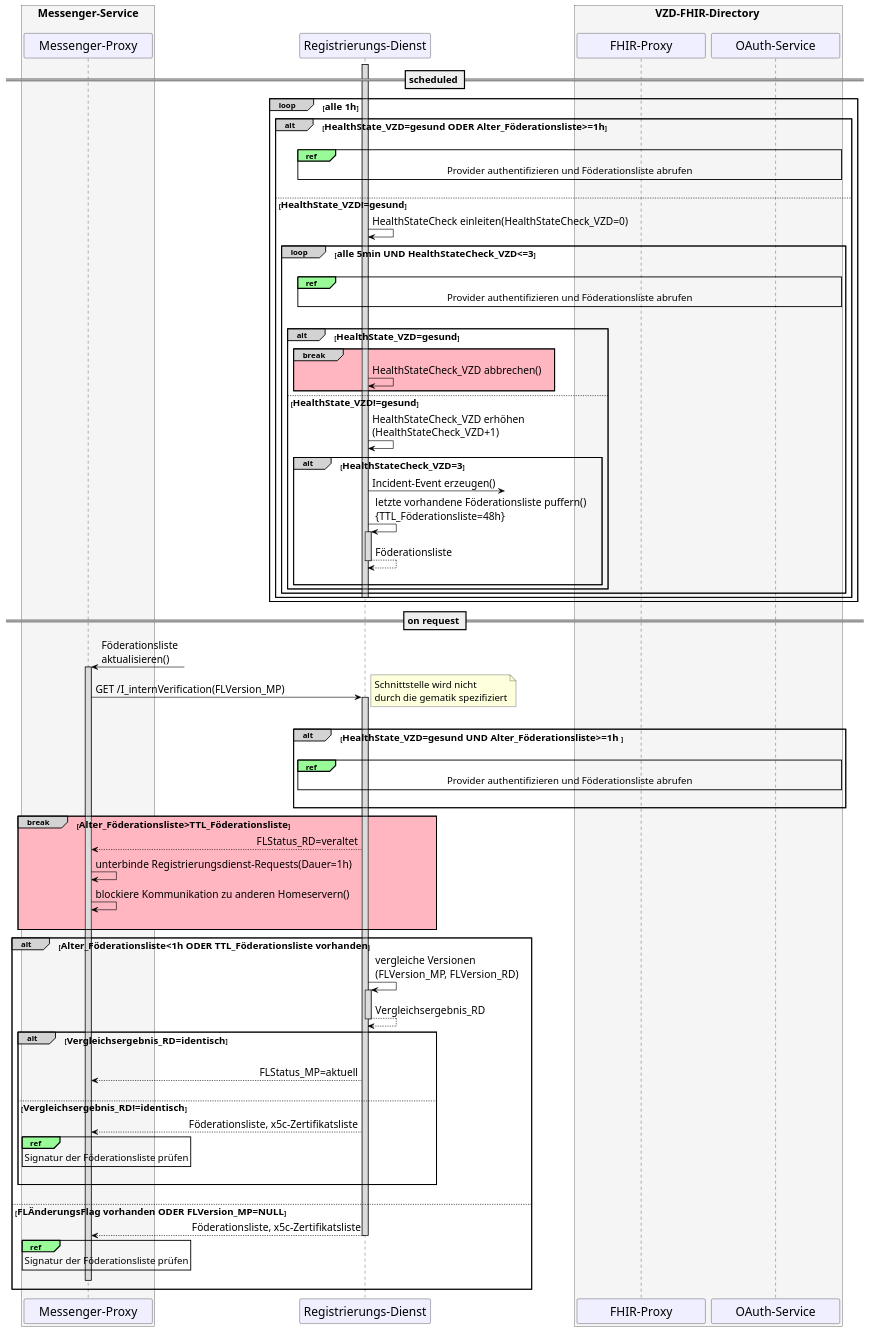
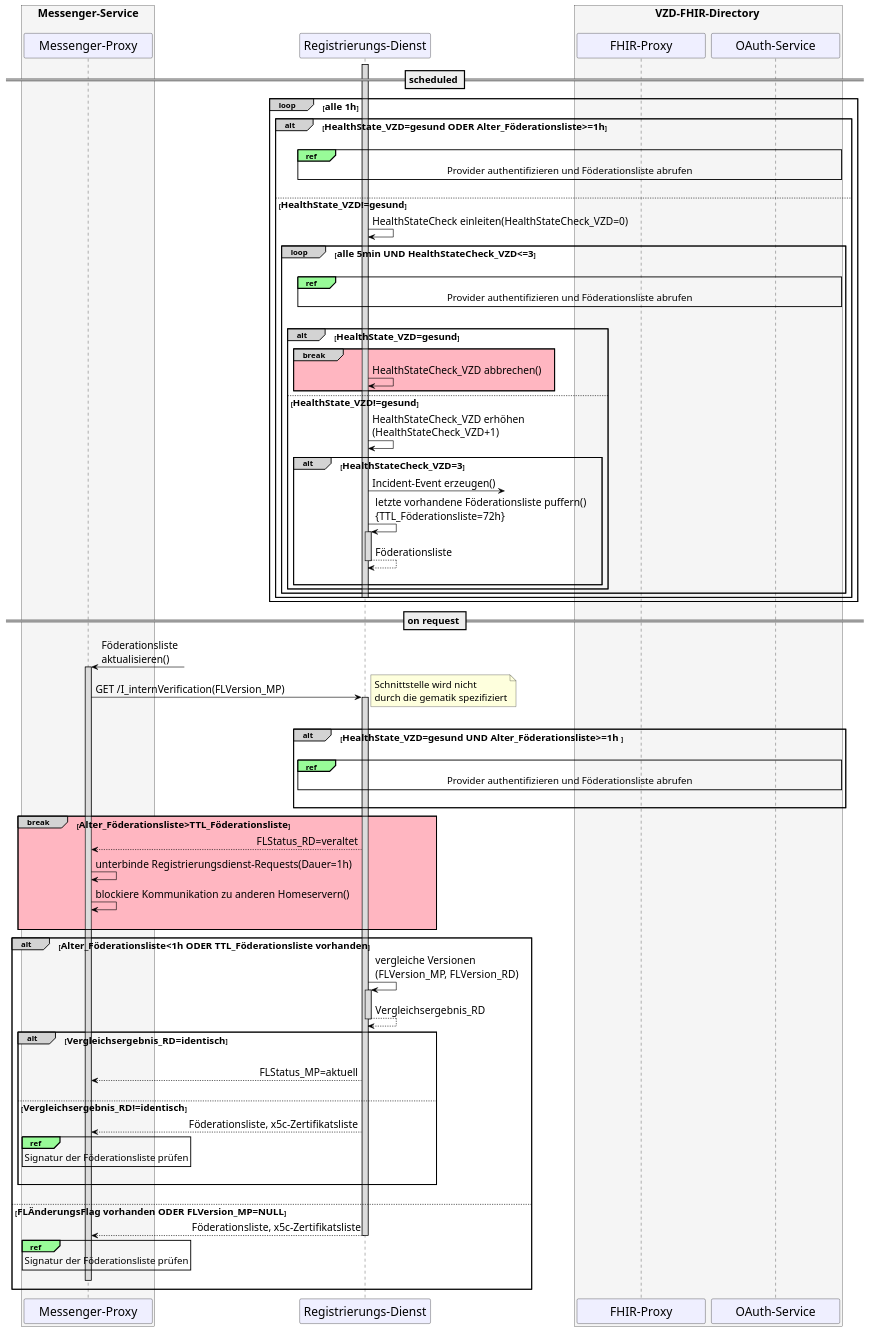
The diagram in src/plantuml/TI-Messenger-Dienst/Ressourcen/UC_Update_Federationlist_Seq.puml (gematik/api-ti-messenger), drawn with PlantUML before and after one commit. The commit also changed 3 other files, not shown here.

```diff
--- a/src/plantuml/TI-Messenger-Dienst/Ressourcen/UC_Update_Federationlist_Seq.puml
+++ b/src/plantuml/TI-Messenger-Dienst/Ressourcen/UC_Update_Federationlist_Seq.puml
@@ -9,128 +9,128 @@
 @startuml
 skinparam sequenceMessageAlign direction
 skinparam minClassWidth 200
 skinparam BoxPadding 1
 skinparam sequenceReferenceHeaderBackgroundColor palegreen
 scale max 2048 width
 
 skinparam sequence {
 ArrowColor black
 ArrowFontSize 17
 ActorBorderColor black
 LifeLineBorderColor black
 LifeLineBackgroundColor Gainsboro
 
 ParticipantBorderColor Motivation
 ParticipantBackgroundColor Motivation
 ParticipantFontName Impact
 ParticipantFontSize 20
 ParticipantFontColor black
 ParticipantBorderColor Black
 ParticipantBackgroundColor MOTIVATION
 
 ActorBackgroundColor Gainsboro
 ActorFontColor black
 ActorFontSize 20
 ActorFontName Aapex
 }
 
 box <size:18>Messenger-Service\n #WhiteSmoke
 participant MP as "Messenger-Proxy"
 end box
 participant RD as "Registrierungs-Dienst"
 box <size:18>VZD-FHIR-Directory</size> #WhiteSmoke
   participant FP as "FHIR-Proxy"
   participant AS as "OAuth-Service"
 end box
 
 == <size:16>scheduled</size> ==
 
 loop#LightGrey <size:16>alle 1h</size>
   alt#LightGrey <size:16>HealthState_VZD=gesund ODER Alter_Föderationsliste>=1h</size>
   activate RD
   |||
   ref over AS, FP, RD
     <size:16>Provider authentifizieren und Föderationsliste abrufen</size>
   end ref
   |||
 
   else <size:16>HealthState_VZD!=gesund</size>
     RD->RD: HealthStateCheck einleiten(HealthStateCheck_VZD=0)
     loop#LightGrey <size:16>alle 5min UND HealthStateCheck_VZD<=3</size>
       |||
       ref over AS, FP, RD
         <size:16>Provider authentifizieren und Föderationsliste abrufen</size>
       end ref
       |||
       alt#LightGrey <size:16>HealthState_VZD=gesund</size>
         break#LightGrey #LightPink
           RD->RD: HealthStateCheck_VZD abbrechen()
         end
       else <size:16>HealthState_VZD!=gesund</size>
         RD->RD: HealthStateCheck_VZD erhöhen\n(HealthStateCheck_VZD+1)
         alt#LightGrey <size:16>HealthStateCheck_VZD=3</size>
           RD ->?: Incident-Event erzeugen()
-          RD->RD++: letzte vorhandene Föderationsliste puffern() \n{TTL_Föderationsliste=48h}
+          RD->RD++: letzte vorhandene Föderationsliste puffern() \n{TTL_Föderationsliste=72h}
           return Föderationsliste
         |||
         end
       end
     end
     deactivate RD
   end
 end
 
 == <size:16>on request</size> ==
 
 MP <-?: Föderationsliste \naktualisieren()
 activate MP
 MP->RD: GET /I_internVerification(FLVersion_MP)
 note right: <size:16>Schnittstelle wird nicht \n<size:16>durch die gematik spezifiziert</size>
 |||
   Activate RD
 
 alt#LightGrey <size:16>HealthState_VZD=gesund UND Alter_Föderationsliste>=1h </size>
 
   |||
   ref over AS, FP, RD
     <size:16>Provider authentifizieren und Föderationsliste abrufen</size>
   end ref
   |||
 
 end
 
 break#LightGrey #LightPink <size:16>Alter_Föderationsliste>TTL_Föderationsliste</size>
   RD-->MP: FLStatus_RD=veraltet
   MP->MP: unterbinde Registrierungsdienst-Requests(Dauer=1h)
   MP->MP: blockiere Kommunikation zu anderen Homeservern()
   |||
 end
 
 alt#LightGrey <size:16>Alter_Föderationsliste<1h ODER TTL_Föderationsliste vorhanden</size>
   RD->RD++: vergleiche Versionen\n(FLVersion_MP, FLVersion_RD)
   return Vergleichsergebnis_RD
 
   alt#LightGrey <size:16>Vergleichsergebnis_RD=identisch</size>
     |||
     RD-->MP: FLStatus_MP=aktuell
     |||
 
   else <size:16>Vergleichsergebnis_RD!=identisch</size>
     RD-->MP: Föderationsliste, x5c-Zertifikatsliste
     ref over MP
       <size:16>Signatur der Föderationsliste prüfen</size>
     end ref
     |||
   end
   |||
 
 else <size:16>FLÄnderungsFlag vorhanden ODER FLVersion_MP=NULL</size>
   RD-->MP: Föderationsliste, x5c-Zertifikatsliste
   Deactivate RD
   ref over MP
     <size:16>Signatur der Föderationsliste prüfen</size>
   end ref
   MP-[hidden]> MP
   deactivate MP
 end
 @enduml
```
